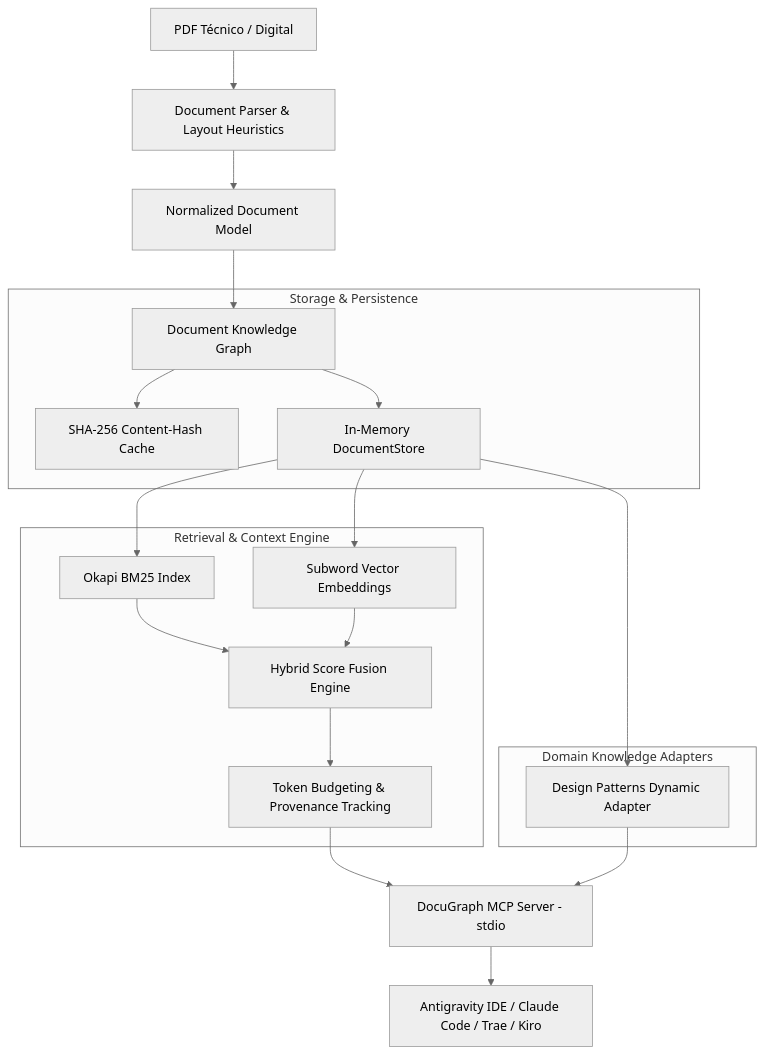
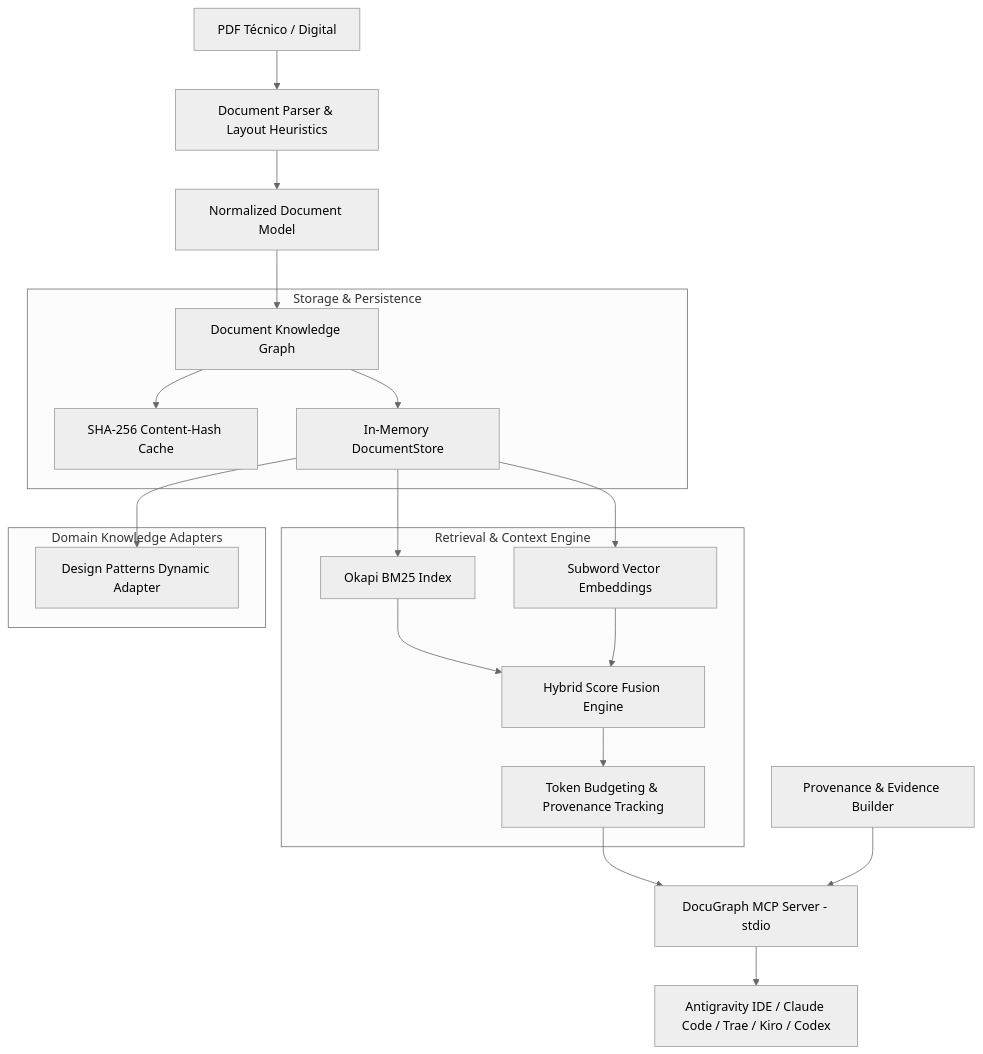
The diagram in README.md (yoiberdev/docugraph-mcp), drawn with Mermaid (neutral theme) before and after one commit. The commit also changed other lines of this file and 4 other files, not shown here.

````diff
--- a/README.md
+++ b/README.md
@@ -29,27 +29,27 @@
 ```mermaid
 flowchart TD
     PDF[PDF Técnico / Digital] --> Parser[Document Parser & Layout Heuristics]
     Parser --> NormDoc[Normalized Document Model]
     NormDoc --> Graph[Document Knowledge Graph]
     
     subgraph Storage & Persistence
         Graph --> DiskCache[SHA-256 Content-Hash Cache]
         Graph --> DocStore[In-Memory DocumentStore]
     end
     
     subgraph Retrieval & Context Engine
         DocStore --> BM25Idx[Okapi BM25 Index]
         DocStore --> EmbeddingModel[Subword Vector Embeddings]
         BM25Idx --> HybridEngine[Hybrid Score Fusion Engine]
         EmbeddingModel --> HybridEngine
         HybridEngine --> ContextBudget[Token Budgeting & Provenance Tracking]
     end
     
     subgraph Domain Knowledge Adapters
         DocStore --> DesignPatterns[Design Patterns Dynamic Adapter]
     end
     
     ContextBudget --> MCPServer[DocuGraph MCP Server - stdio]
-    DesignPatterns --> MCPServer
-    MCPServer --> Clients[Antigravity IDE / Claude Code / Trae / Kiro]
+    EvidenceEngine[Provenance & Evidence Builder] --> MCPServer
+    MCPServer --> Clients[Antigravity IDE / Claude Code / Trae / Kiro / Codex]
 ```
````
